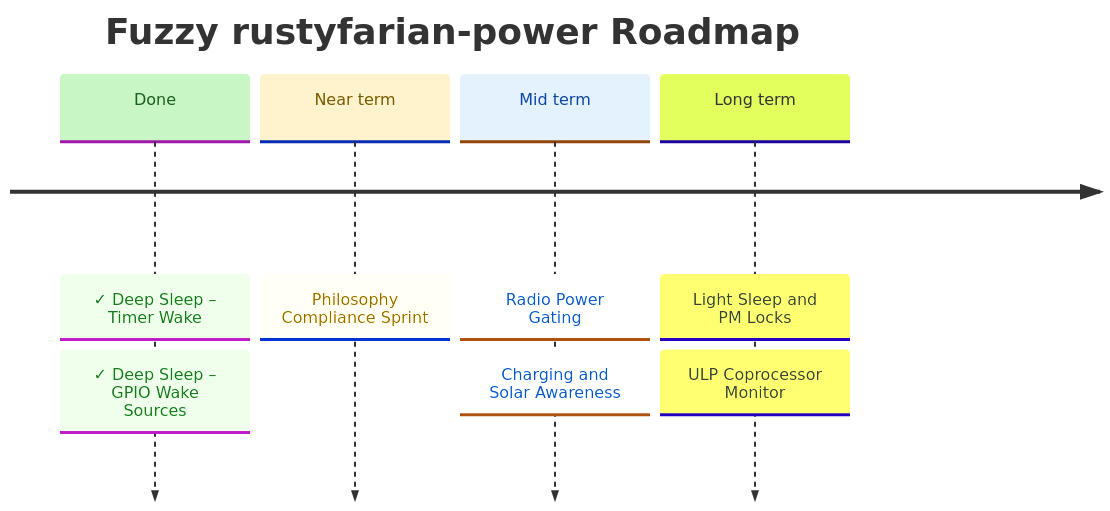
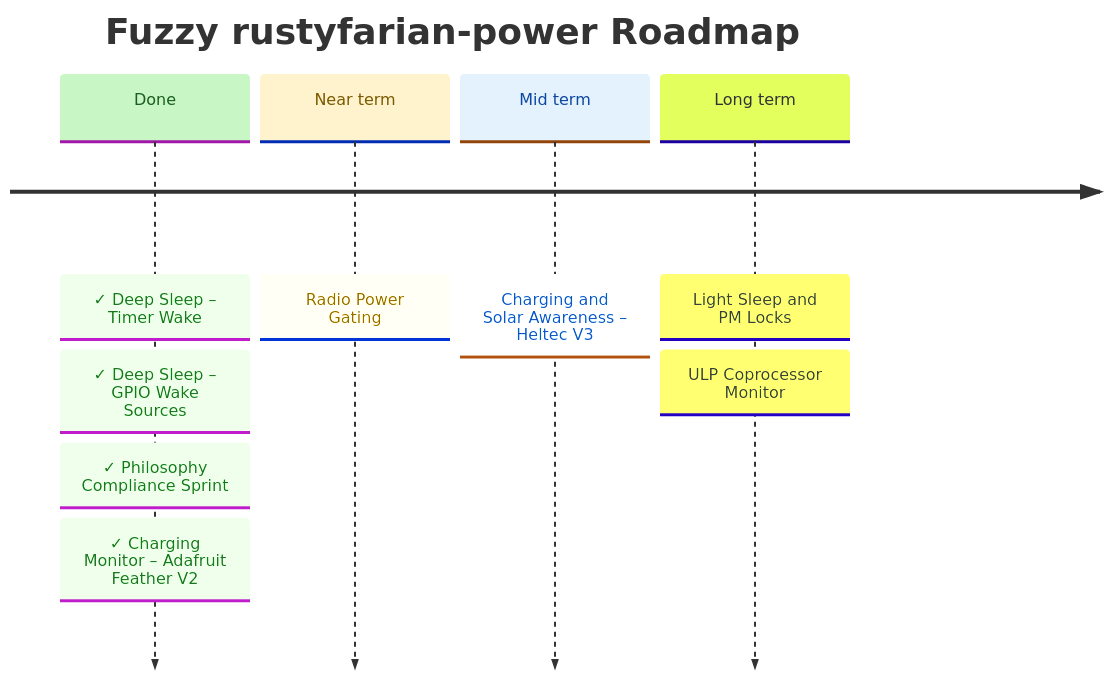
One commit to datenkollektiv/rustyfarian-power changed the diagram in ROADMAP.md. Above: the diagram before and after it, drawn with Mermaid. The commit also changed other lines of this file and 2 other files, not shown here.

````diff
--- a/ROADMAP.md
+++ b/ROADMAP.md
@@ -7,27 +8,28 @@
 ```mermaid
 %%{init: {
   "theme": "base",
   "themeVariables": {
     "cScale0": "#c8f7c5",
     "cScaleLabel0": "#1b5e20",
     "cScale1": "#fff3cd",
     "cScaleLabel1": "#7a5a00",
     "cScale2": "#e3f2fd",
     "cScaleLabel2": "#0d47a1"
   }
 }}%%
 
 timeline
     title Fuzzy rustyfarian-power Roadmap
 
     Done      : ✓ Deep Sleep – Timer Wake
               : ✓ Deep Sleep – GPIO Wake Sources
+              : ✓ Philosophy Compliance Sprint
+              : ✓ Charging Monitor – Adafruit Feather V2
 
-    Near term : Philosophy Compliance Sprint
+    Near term : Radio Power Gating
 
-    Mid term  : Radio Power Gating
-              : Charging and Solar Awareness
+    Mid term  : Charging and Solar Awareness – Heltec V3
 
     Long term : Light Sleep and PM Locks
               : ULP Coprocessor Monitor
 ```
````
